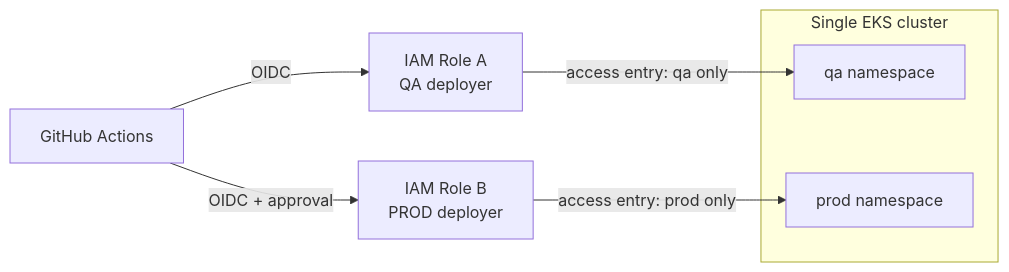
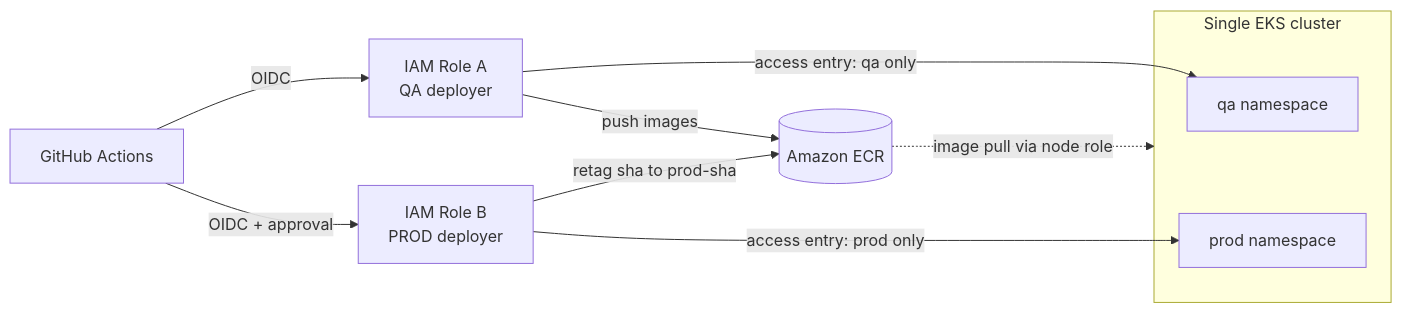
One commit to meetbrij/prod-grade-e2e-devsecops-pipeline changed the seventh of 8 diagrams in README.md. Above: the diagram before and after it, drawn with Mermaid. The commit also changed other lines of this file and 3 other files, not shown here.

````diff
--- a/README.md
+++ b/README.md
@@ -228,11 +254,14 @@
 ```mermaid
 flowchart LR
     GH[GitHub Actions] -->|OIDC| RA[IAM Role A<br/>QA deployer]
     GH -->|OIDC + approval| RB[IAM Role B<br/>PROD deployer]
+    RA -->|push images| ECR[(Amazon ECR)]
+    RB -->|retag sha to prod-sha| ECR
     subgraph EKS[Single EKS cluster]
         NQ[qa namespace]
         NP[prod namespace]
     end
     RA -->|access entry: qa only| NQ
     RB -->|access entry: prod only| NP
+    ECR -. image pull via node role .-> EKS
 ```
````
